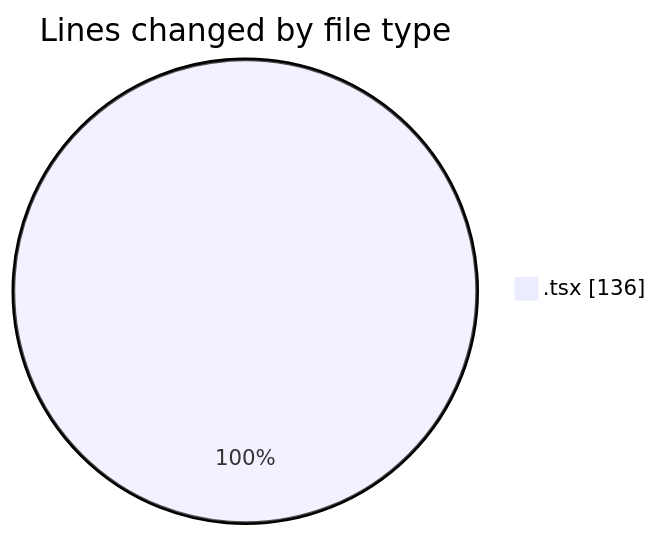
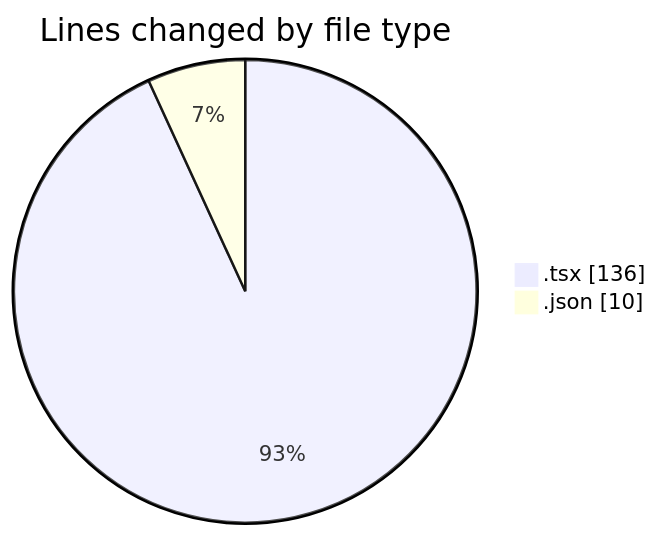
The first of 2 diagrams in 2026-04-30/cda/README.md (momahboobian/code-tracking), drawn with Mermaid before and after one commit. The commit also changed other lines of this file and 1 other file, not shown here.

````diff
--- a/2026-04-30/cda/README.md
+++ b/2026-04-30/cda/README.md
@@ -20,5 +21,6 @@
 ```mermaid
 pie showData
 title Lines changed by file type
 ".tsx" : 136
+".json" : 10
 ```
````
